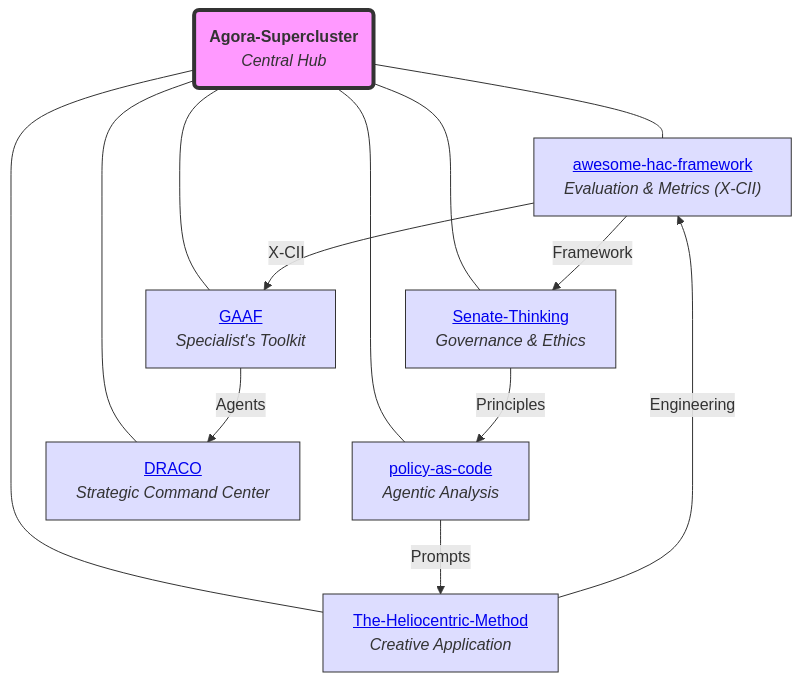
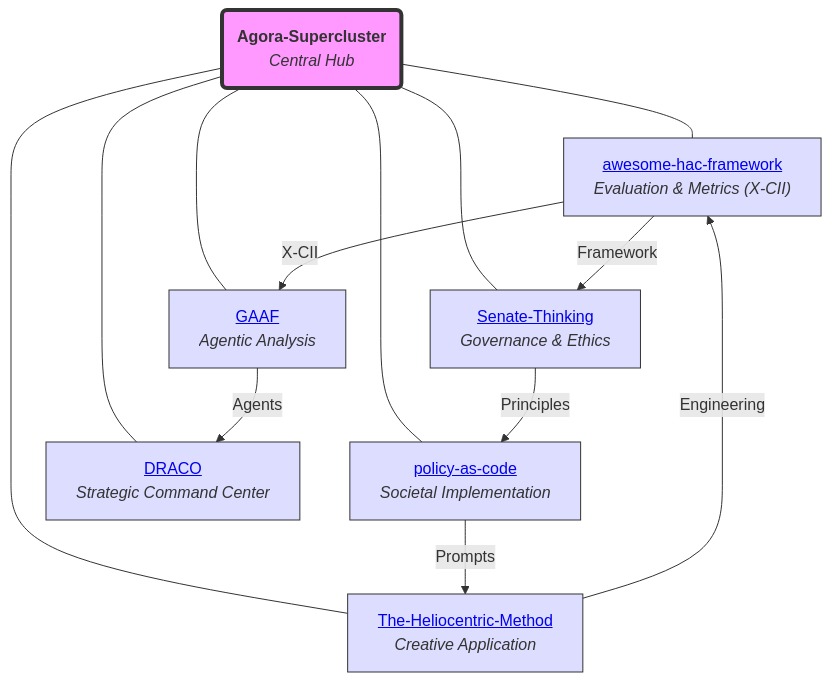
Before and after one commit to torisan-unya/Agora-Supercluster: the diagram in README.md, drawn with Mermaid.

````diff
--- a/README.md
+++ b/README.md
@@ -19,22 +19,22 @@
 ```mermaid
 graph TD
     A("<b>Agora-Supercluster</b><br><i>Central Hub</i>")
     B["<a href='https://github.com/torisan-unya/awesome-hac-framework'>awesome-hac-framework</a><br><i>Evaluation & Metrics (X-CII)</i>"]
     C["<a href='https://github.com/torisan-unya/Senate-Thinking'>Senate-Thinking</a><br><i>Governance & Ethics</i>"]
     D["<a href='https://github.com/torisan-unya/The-Heliocentric-Method'>The-Heliocentric-Method</a><br><i>Creative Application</i>"]
-    E["<a href='https://github.com/torisan-unya/GAAF'>GAAF</a><br><i>Specialist's Toolkit</i>"]
-    F["<a href='https://github.com/torisan-unya/policy-as-code'>policy-as-code</a><br><i>Agentic Analysis</i>"]
+    E["<a href='https://github.com/torisan-unya/GAAF'>GAAF</a><br><i>Agentic Analysis</i>"]
+    F["<a href='https://github.com/torisan-unya/policy-as-code'>policy-as-code</a><br><i>Societal Implementation</i>"]
     H["<a href='https://github.com/torisan-unya/DRACO'>DRACO</a><br><i>Strategic Command Center</i>"]
     A --- B & C & D & E & F & H
     B -- X-CII --> E
     B -- Framework --> C
     F -- Prompts --> D
     C -- Principles --> F
     D -- Engineering --> B
     E -- Agents --> H
     classDef hub fill:#f9f,stroke:#333,stroke-width:4px;
     class A hub;
     classDef core fill:#ddf,stroke:#333;
     class B,C,D,E,F,H core;
 
 ```
````
